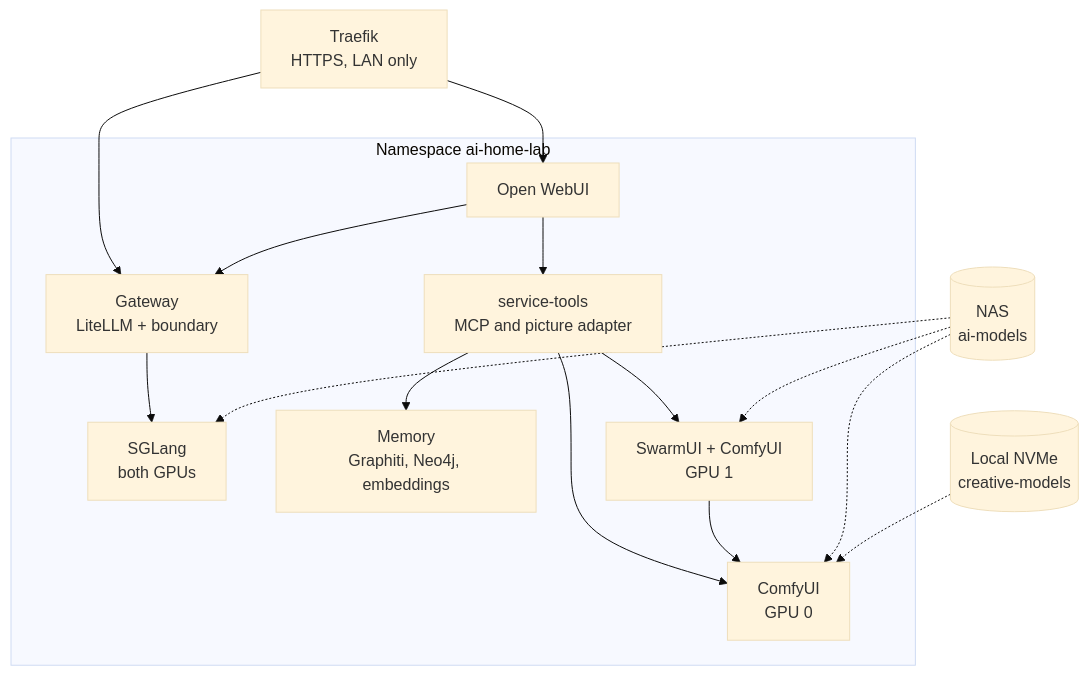
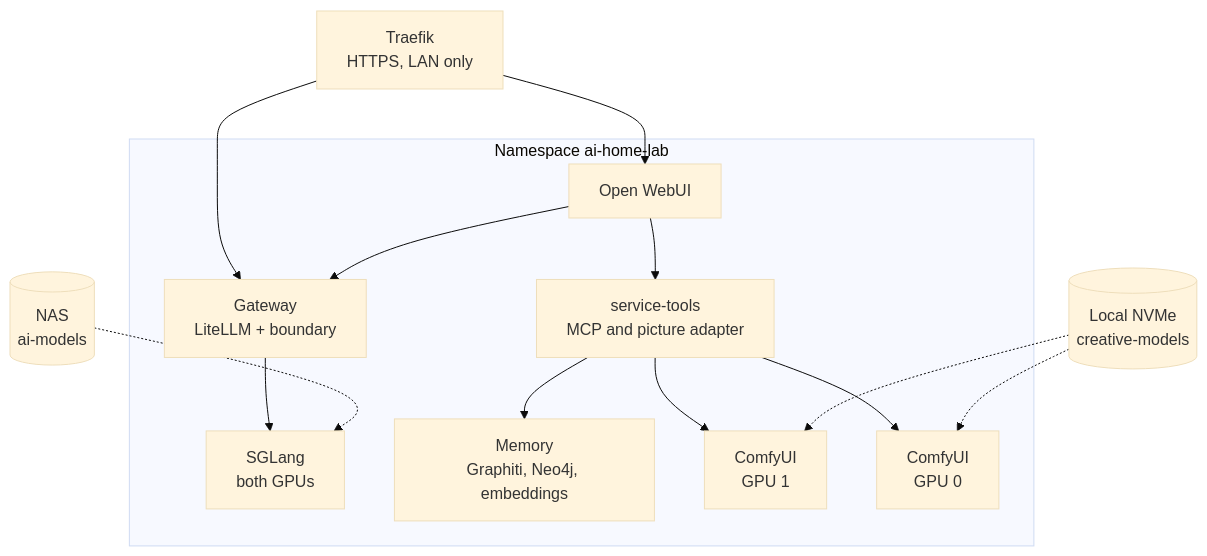
The diagram in docs/ARCHITECTURE.md (Drgr33nSenior/ArchLinuxThreadripper), drawn with Mermaid (base theme) before and after one commit. The commit also changed other lines of this file and 26 other files, not shown here.

````diff
--- a/docs/ARCHITECTURE.md
+++ b/docs/ARCHITECTURE.md
@@ -16,22 +16,21 @@
 ```mermaid
 flowchart TB
   traefik["Traefik<br/>HTTPS, LAN only"]
   subgraph ns["Namespace ai-home-lab"]
     webui["Open WebUI"]
     gw["Gateway<br/>LiteLLM + boundary"]
     sglang["SGLang<br/>both GPUs"]
     tools["service-tools<br/>MCP and picture adapter"]
     mem["Memory<br/>Graphiti, Neo4j, embeddings"]
-    swarm["SwarmUI + ComfyUI<br/>GPU 1"]
+    comfy1["ComfyUI<br/>GPU 1"]
     comfy0["ComfyUI<br/>GPU 0"]
   end
   nas[("NAS<br/>ai-models")]
   nvme[("Local NVMe<br/>creative-models")]
   traefik --> webui & gw
   webui --> gw --> sglang
   webui --> tools
-  tools --> mem & swarm & comfy0
-  swarm --> comfy0
-  nas -.-> sglang & swarm & comfy0
-  nvme -.-> comfy0
+  tools --> mem & comfy1 & comfy0
+  nas -.-> sglang
+  nvme -.-> comfy1 & comfy0
 ```
````
